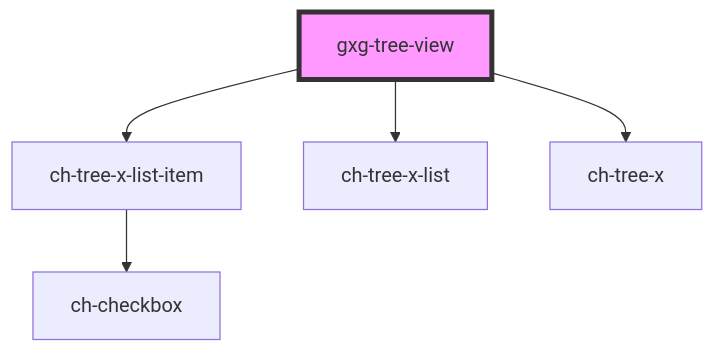
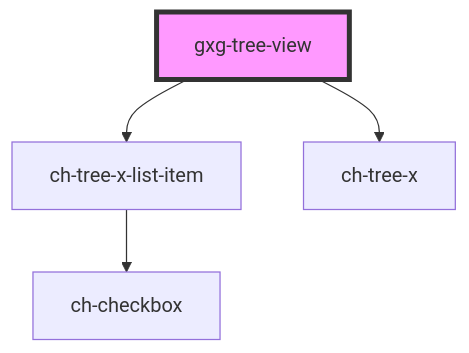
Before and after one commit to genexuslabs/gemini: the diagram in src/components/tree-view/readme.md, drawn with Mermaid. The commit also changed other lines of this file and 7 other files, not shown here.

Commit message:
update tree-view

````diff
--- a/src/components/tree-view/readme.md
+++ b/src/components/tree-view/readme.md
@@ -83,8 +91,7 @@
 ```mermaid
 graph TD;
   gxg-tree-view --> ch-tree-x-list-item
-  gxg-tree-view --> ch-tree-x-list
   gxg-tree-view --> ch-tree-x
   ch-tree-x-list-item --> ch-checkbox
   style gxg-tree-view fill:#f9f,stroke:#333,stroke-width:4px
 ```
````
